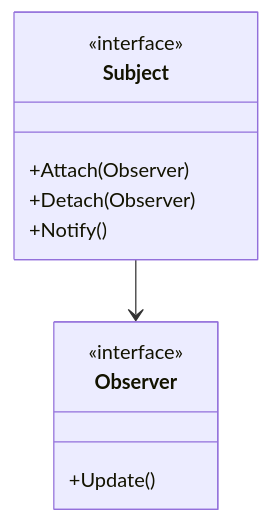
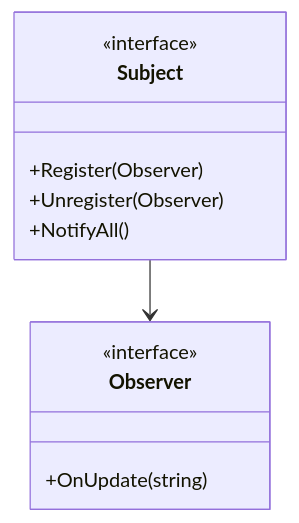
Before and after one commit to sokoide/design-patterns: the second of 3 diagrams in book/04_day4_behavioral_2.md, drawn with Mermaid. The commit also changed other lines of this file and 9 other files, not shown here.

````diff
--- a/book/04_day4_behavioral_2.md
+++ b/book/04_day4_behavioral_2.md
@@ -94,14 +94,14 @@
 ```mermaid
 classDiagram
     class Subject {
         <<interface>>
-        +Attach(Observer)
-        +Detach(Observer)
-        +Notify()
+        +Register(Observer)
+        +Unregister(Observer)
+        +NotifyAll()
     }
     class Observer {
         <<interface>>
-        +Update()
+        +OnUpdate(string)
     }
     Subject --> Observer
 ```
````
